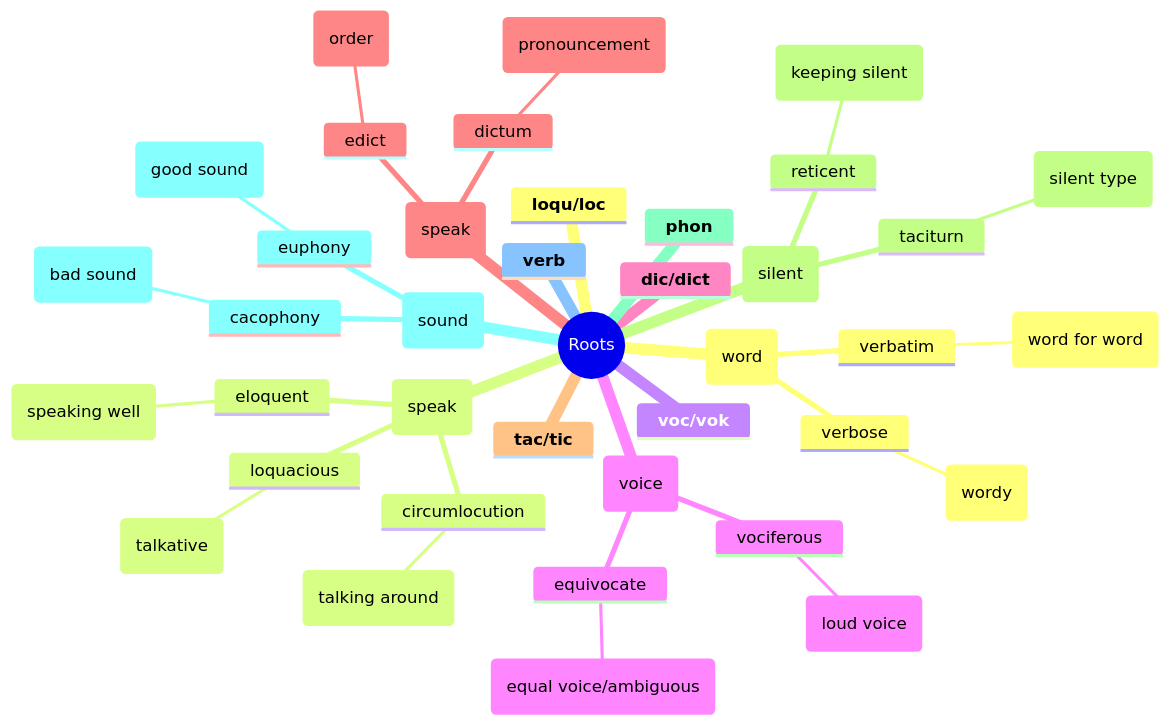
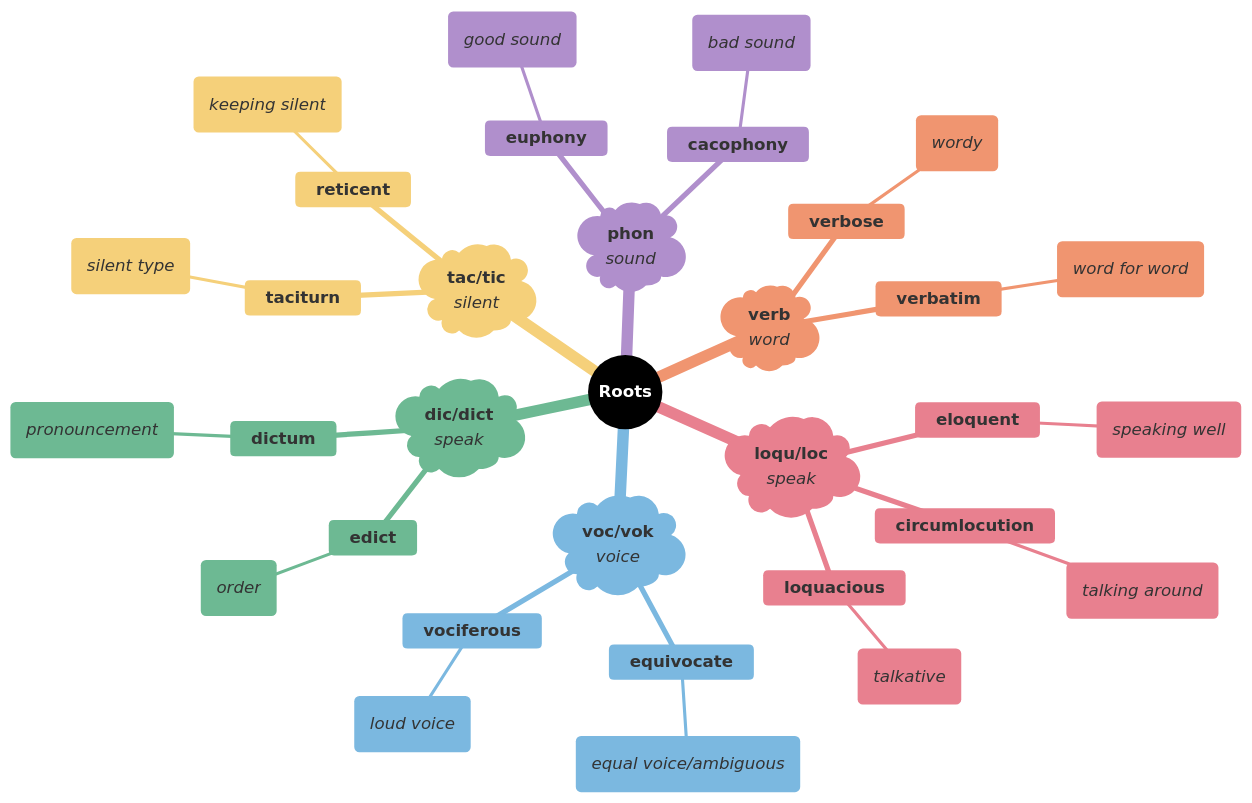
Before and after one commit to 95anantsingh/gre-preparation: the seventh of 7 diagrams in mindmaps/10-speech-and-communication.md, drawn with Mermaid. The commit also changed other lines of this file and 14 other files, not shown here.

````diff
--- a/mindmaps/10-speech-and-communication.md
+++ b/mindmaps/10-speech-and-communication.md
@@ -321,42 +443,55 @@
 ```mermaid
+%%{
+  init: {
+    "theme": "base",
+    "themeVariables": {
+      "primaryColor": "#000000",
+      "cScale1": "#e8808f",  "cScaleInv1": "#a33445",
+      "cScale2": "#7bb8e0",  "cScaleInv2": "#266a93",
+      "cScale3": "#6db993",  "cScaleInv3": "#23543f",
+      "cScale4": "#f5d07a",  "cScaleInv4": "#c4903b",
+      "cScale5": "#b08fcc",  "cScaleInv5": "#5d3b75",
+      "cScale6": "#f09570",  "cScaleInv6": "#b84112",
+      "cScale7": "#74dace",  "cScaleInv7": "#217d72",
+      "cScale8": "#8ea8c2",  "cScaleInv8": "#32465e",
+      "cScale9": "#cc7fba",  "cScaleInv9": "#7d2868",
+      "cScale10": "#c99a78", "cScaleInv10": "#7c4e32",
+      "cScale11": "#a3a3a3", "cScaleInv11": "#3d3d3d"
+    }
+  }
+}%%
 mindmap
-  root((Roots))
-    **loqu/loc**
-    (speak)
-      loquacious
-        (talkative)
-      eloquent
-        (speaking well)
-      circumlocution
-        (talking around)
-    **voc/vok**
-    (voice)
-      vociferous
-        (loud voice)
-      equivocate
-        (equal voice/ambiguous)
-    **dic/dict**
-    (speak)
-      dictum
-        (pronouncement)
-      edict
-        (order)
-    **tac/tic**
-    (silent)
-      taciturn
-        (silent type)
-      reticent
-        (keeping silent)
-    **phon**
-    (sound)
-      euphony
-        (good sound)
-      cacophony
-        (bad sound)
-    **verb**
-    (word)
-      verbose
-        (wordy)
-      verbatim
-        (word for word)
+  root((<font color=white>**Roots**</font>))
+    )**loqu/loc**</br>_speak_(
+      **loquacious**
+        (_talkative_)
+      **eloquent**
+        (_speaking well_)
+      **circumlocution**
+        (_talking around_)
+    )**voc/vok**</br>_voice_(
+      **vociferous**
+        (_loud voice_)
+      **equivocate**
+        (_equal voice/ambiguous_)
+    )**dic/dict**</br>_speak_(
+      **dictum**
+        (_pronouncement_)
+      **edict**
+        (_order_)
+    )**tac/tic**</br>_silent_(
+      **taciturn**
+        (_silent type_)
+      **reticent**
+        (_keeping silent_)
+    )**phon**</br>_sound_(
+      **euphony**
+        (_good sound_)
+      **cacophony**
+        (_bad sound_)
+    )**verb**</br>_word_(
+      **verbose**
+        (_wordy_)
+      **verbatim**
+        (_word for word_)
 ```
````
